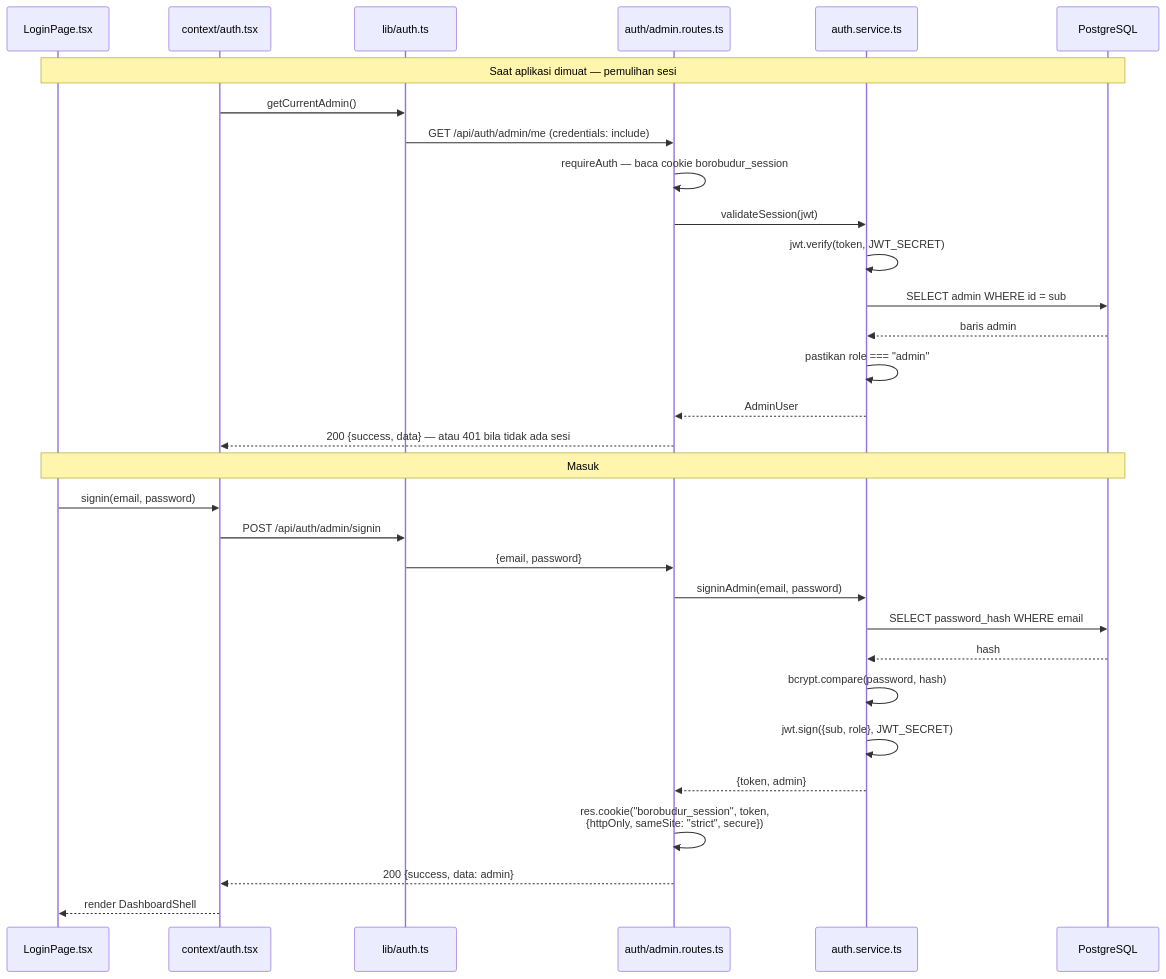
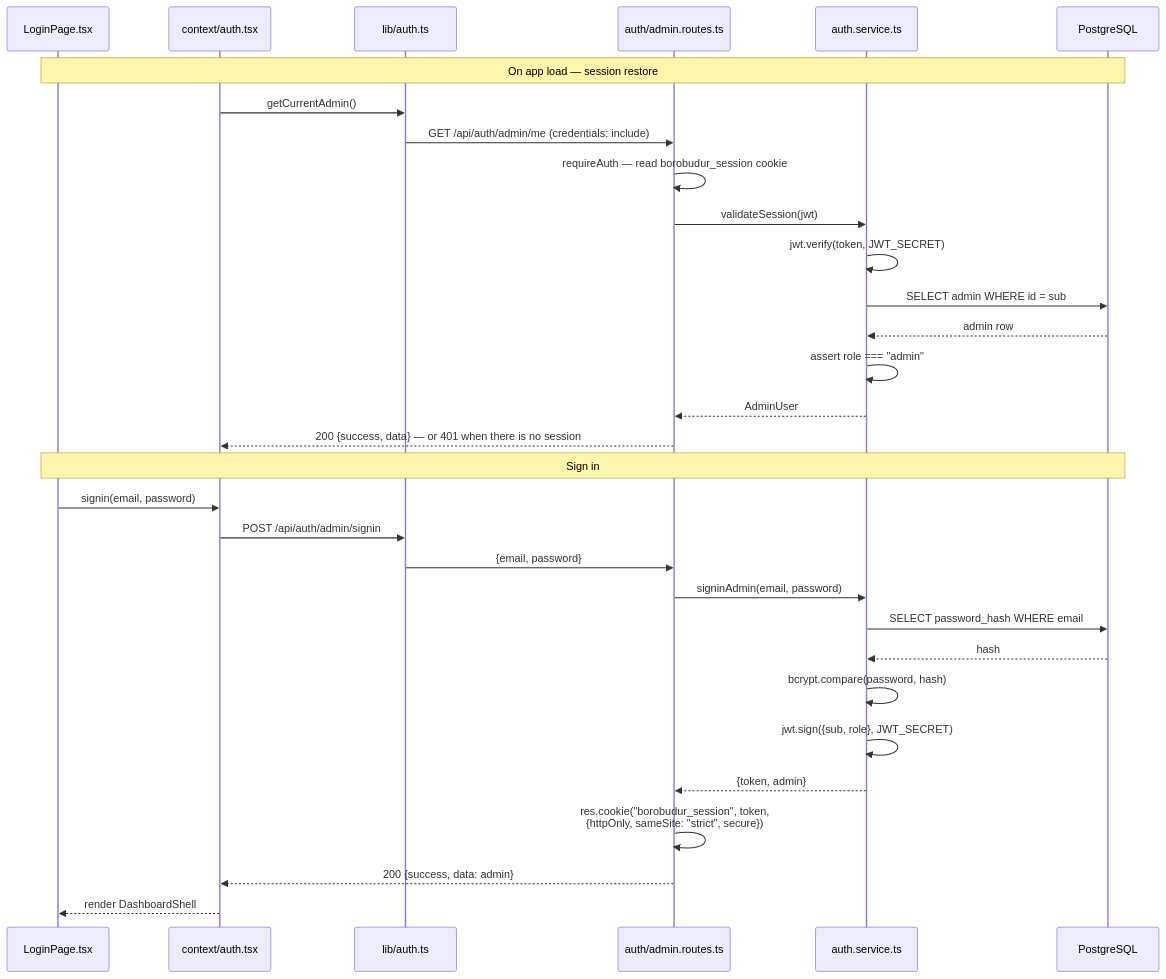
One commit to Hitchgernn/heatmap-dashboard changed the seventh of 8 diagrams in docs/BLUEPRINT.md. Above: the diagram before and after it, drawn with Mermaid. The commit also changed other lines of this file and 11 other files, not shown here.

````diff
--- a/docs/BLUEPRINT.md
+++ b/docs/BLUEPRINT.md
@@ -624,35 +607,35 @@
 ```mermaid
 sequenceDiagram
     participant UI as LoginPage.tsx
     participant Auth as context/auth.tsx
     participant API as lib/auth.ts
     participant Route as auth/admin.routes.ts
     participant Svc as auth.service.ts
     participant PG as PostgreSQL
 
-    Note over UI,PG: Saat aplikasi dimuat — pemulihan sesi
+    Note over UI,PG: On app load — session restore
     Auth->>API: getCurrentAdmin()
     API->>Route: GET /api/auth/admin/me (credentials: include)
-    Route->>Route: requireAuth — baca cookie borobudur_session
+    Route->>Route: requireAuth — read borobudur_session cookie
     Route->>Svc: validateSession(jwt)
     Svc->>Svc: jwt.verify(token, JWT_SECRET)
     Svc->>PG: SELECT admin WHERE id = sub
-    PG-->>Svc: baris admin
-    Svc->>Svc: pastikan role === "admin"
+    PG-->>Svc: admin row
+    Svc->>Svc: assert role === "admin"
     Svc-->>Route: AdminUser
-    Route-->>Auth: 200 {success, data} — atau 401 bila tidak ada sesi
+    Route-->>Auth: 200 {success, data} — or 401 when there is no session
 
-    Note over UI,PG: Masuk
+    Note over UI,PG: Sign in
     UI->>Auth: signin(email, password)
     Auth->>API: POST /api/auth/admin/signin
     API->>Route: {email, password}
     Route->>Svc: signinAdmin(email, password)
     Svc->>PG: SELECT password_hash WHERE email
     PG-->>Svc: hash
     Svc->>Svc: bcrypt.compare(password, hash)
     Svc->>Svc: jwt.sign({sub, role}, JWT_SECRET)
     Svc-->>Route: {token, admin}
     Route->>Route: res.cookie("borobudur_session", token,<br/>{httpOnly, sameSite: "strict", secure})
     Route-->>Auth: 200 {success, data: admin}
     Auth-->>UI: render DashboardShell
 ```
````
